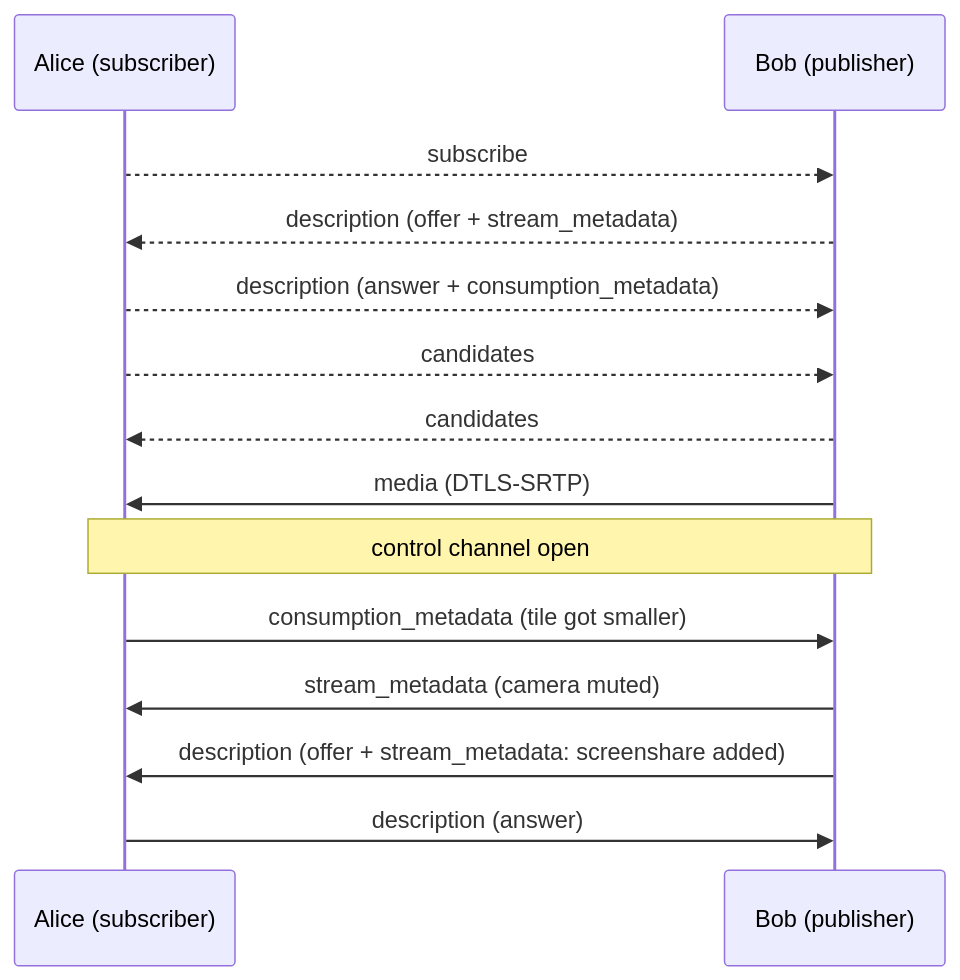
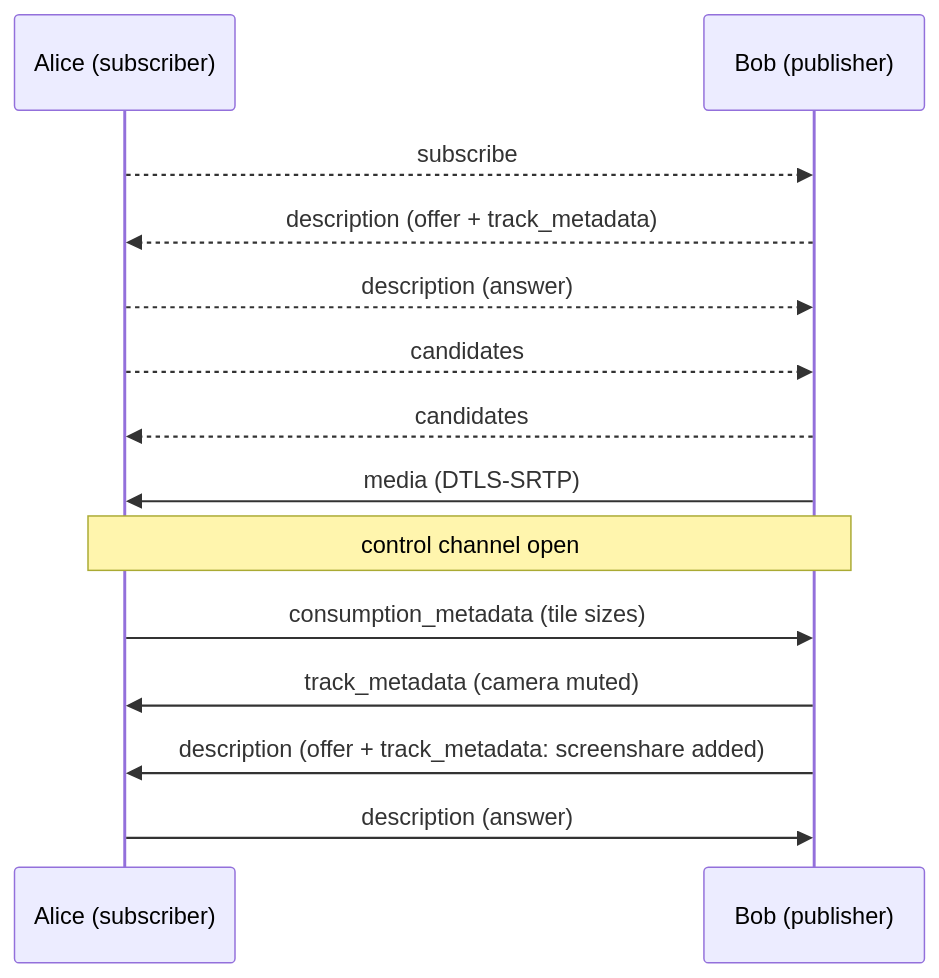
Before and after one commit to matrix-org/matrix-spec-proposals: the diagram in proposals/XXXX-matrix-rtc-full-mesh-transport.md, drawn with Mermaid. The commit also changed other lines of this file, not shown here.

Commit message:
Remove stream conscept (replaced by webRTC track metadata) And another read through + cleanups.

````diff
--- a/proposals/XXXX-matrix-rtc-full-mesh-transport.md
+++ b/proposals/XXXX-matrix-rtc-full-mesh-transport.md
@@ -348,16 +341,16 @@
 ```mermaid
 sequenceDiagram
     participant A as Alice (subscriber)
     participant B as Bob (publisher)
     A-->>B: subscribe
-    B-->>A: description (offer + stream_metadata)
-    A-->>B: description (answer + consumption_metadata)
+    B-->>A: description (offer + track_metadata)
+    A-->>B: description (answer)
     A-->>B: candidates
     B-->>A: candidates
     B->>A: media (DTLS-SRTP)
     Note over A,B: control channel open
-    A->>B: consumption_metadata (tile got smaller)
-    B->>A: stream_metadata (camera muted)
-    B->>A: description (offer + stream_metadata: screenshare added)
+    A->>B: consumption_metadata (tile sizes)
+    B->>A: track_metadata (camera muted)
+    B->>A: description (offer + track_metadata: screenshare added)
     A->>B: description (answer)
 ```
````
